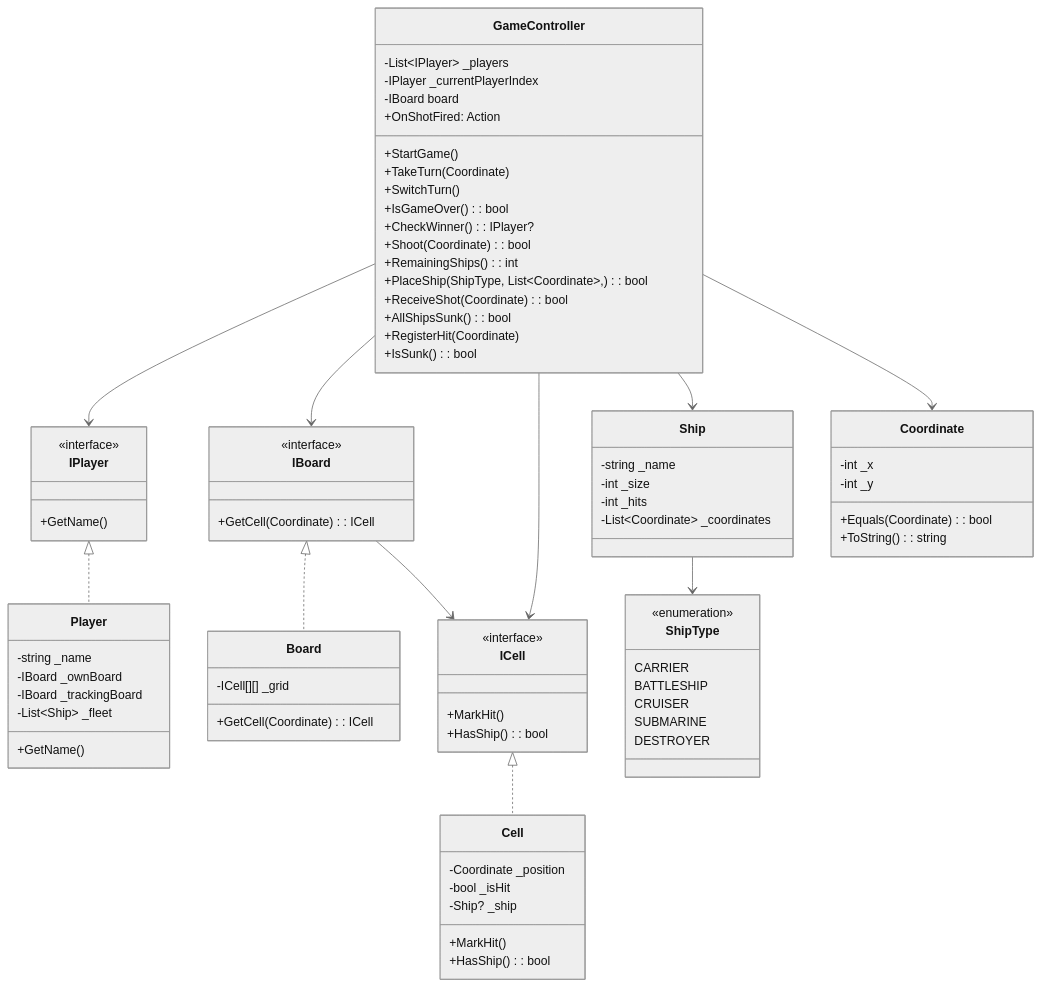
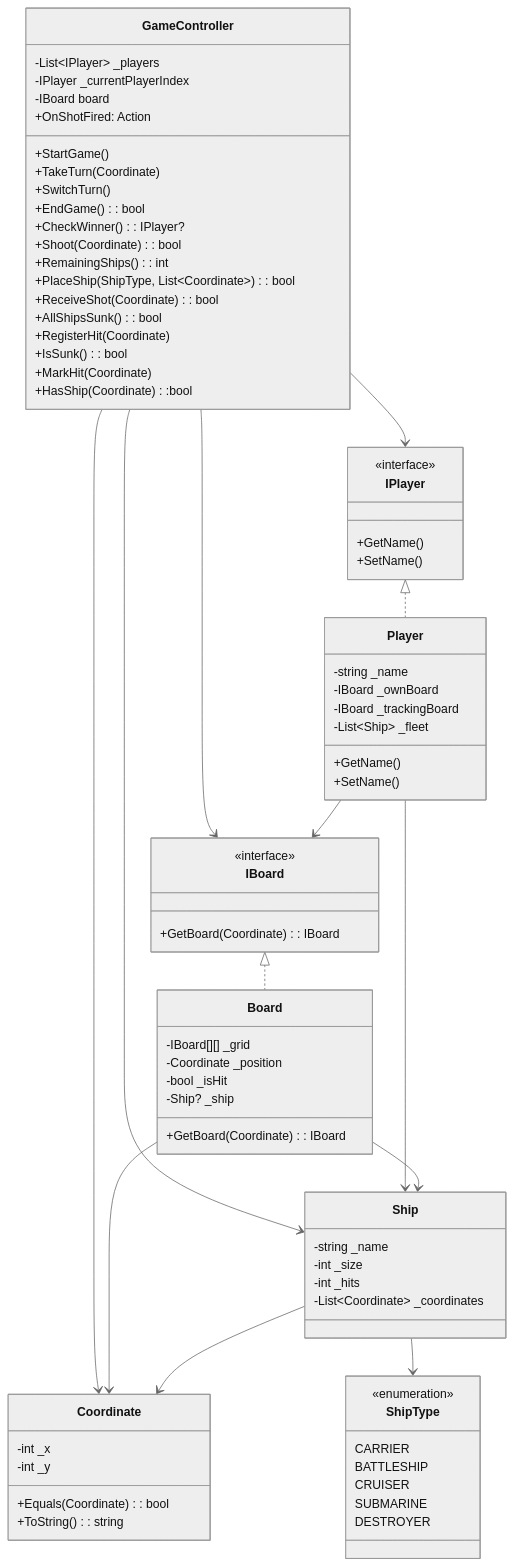
One commit to rifrifai/bootcamp changed the diagram in Quiz/Battleship5.mmd. Above: the diagram before and after it, drawn with Mermaid (neutral theme).

```diff
--- a/Quiz/Battleship5.mmd
+++ b/Quiz/Battleship5.mmd
@@ -1,105 +1,90 @@
 classDiagram
-
-  %% ==== Interfaces ====
-  class IPlayer {
-    <<interface>>
-    +GetName()
-  }
-
-  class IBoard {
-    <<interface>>
-    +GetCell(Coordinate): ICell
-
-  }
-
-  class ICell {
-    <<interface>>
-    +MarkHit()
-    +HasShip(): bool
-  }
-
-  %% ==== Implementations ====
-  class Player {
-    -string _name
-    -IBoard _ownBoard
-    -IBoard _trackingBoard
-    -List~Ship~ _fleet
-    +GetName()
-  }
-
-  class Board {
-    -ICell[][] _grid
-    +GetCell(Coordinate): ICell
-  }
-
-  class Cell {
-    -Coordinate _position
-    -bool _isHit
-    -Ship? _ship
-    +MarkHit()
-    +HasShip(): bool
-  }
-
-  class ShipType {
-    CARRIER
-    BATTLESHIP
-    CRUISER
-    SUBMARINE
-    DESTROYER
-    <<enumeration>>
-  }
-
   %% ==== Core Classes ====
   class GameController {
     -List~IPlayer~ _players
     -IPlayer _currentPlayerIndex
     -IBoard board
     +StartGame()
     +TakeTurn(Coordinate)
     +SwitchTurn()
-    +IsGameOver(): bool
+    +EndGame(): bool
     +CheckWinner(): IPlayer?
     +OnShotFired: Action<IPlayer, Coordinate, bool>
     +Shoot(Coordinate): bool
     +RemainingShips(): int
-    +PlaceShip(ShipType, List~Coordinate~, ): bool
+    +PlaceShip(ShipType, List~Coordinate~ ): bool
     +ReceiveShot(Coordinate): bool
     +AllShipsSunk(): bool
     +RegisterHit(Coordinate)
     +IsSunk(): bool
+    +MarkHit(Coordinate)
+    +HasShip(Coordinate):bool
   }
 
   class Ship {
     -string _name
     -int _size
     -int _hits
     -List~Coordinate~ _coordinates
   }
 
   class Coordinate {
     -int _x
     -int _y
     +Equals(Coordinate): bool
     +ToString(): string
   }
 
+  %% ==== Interfaces ====
+  class IPlayer {
+    <<interface>>
+    +GetName()
+    +SetName()
+  }
+
+  class IBoard {
+    <<interface>>
+    +GetBoard(Coordinate): IBoard
+  }
+
+  %% ==== Implementations ====
+  class Player {
+    -string _name
+    -IBoard _ownBoard
+    -IBoard _trackingBoard
+    -List~Ship~ _fleet
+    +GetName()
+    +SetName()
+  }
+
+  class Board {
+    -IBoard[][] _grid
+    -Coordinate _position
+    -bool _isHit
+    -Ship? _ship
+    +GetBoard(Coordinate): IBoard
+
+  }
+
+  class ShipType {
+    CARRIER
+    BATTLESHIP
+    CRUISER
+    SUBMARINE
+    DESTROYER
+    <<enumeration>>
+  }
+
   %% ==== Relationships ====
   GameController --> IPlayer
   GameController --> IBoard
-  GameController --> ICell
   GameController --> Ship
   GameController --> Coordinate
   IPlayer <|.. Player
   IBoard <|.. Board
-  ICell <|.. Cell
+  Player --> Ship
+  Board --> Coordinate
+  Ship --> Coordinate
   Ship --> ShipType
-  IBoard --> ICell
-
-  %% Player --> IBoard
-
-  %% Board --> ICell
-
-  %% Board --> Ship
-  %% Ship --> Coordinate
-  %% Cell --> Coordinate
-  %% Cell --> Ship
+  Player --> IBoard
+  Board --> Ship
```
